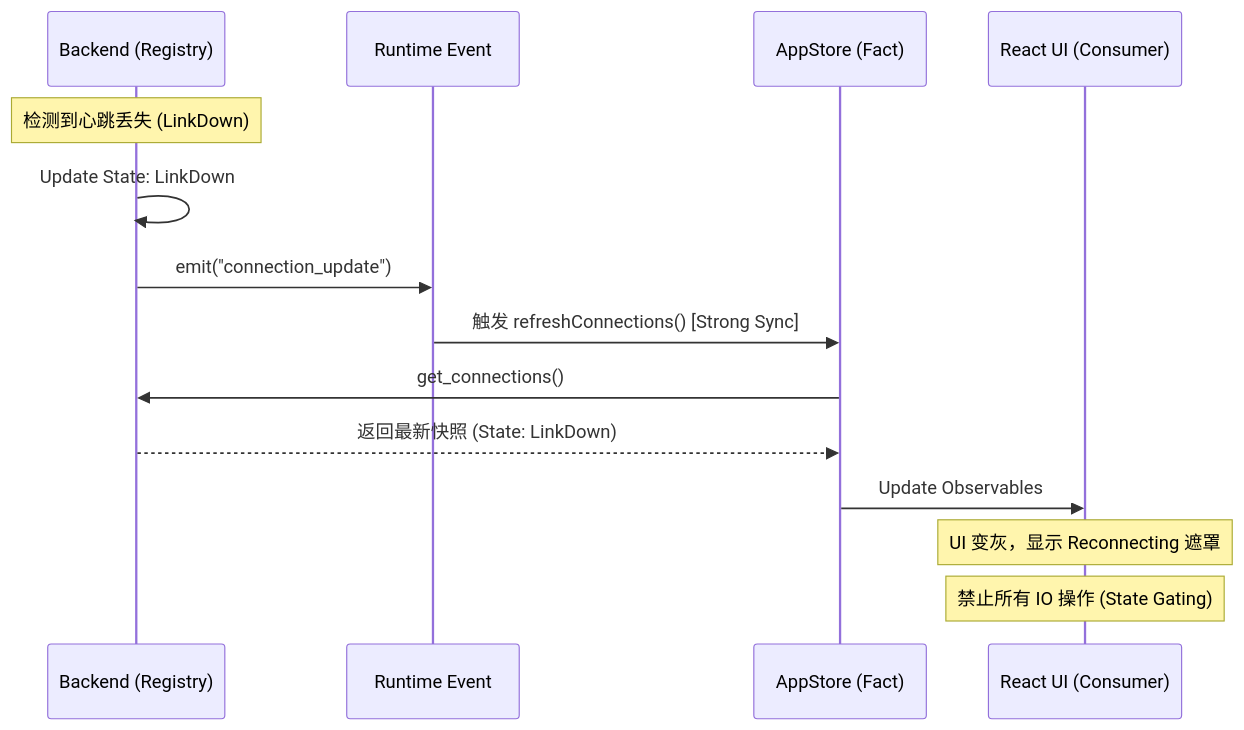
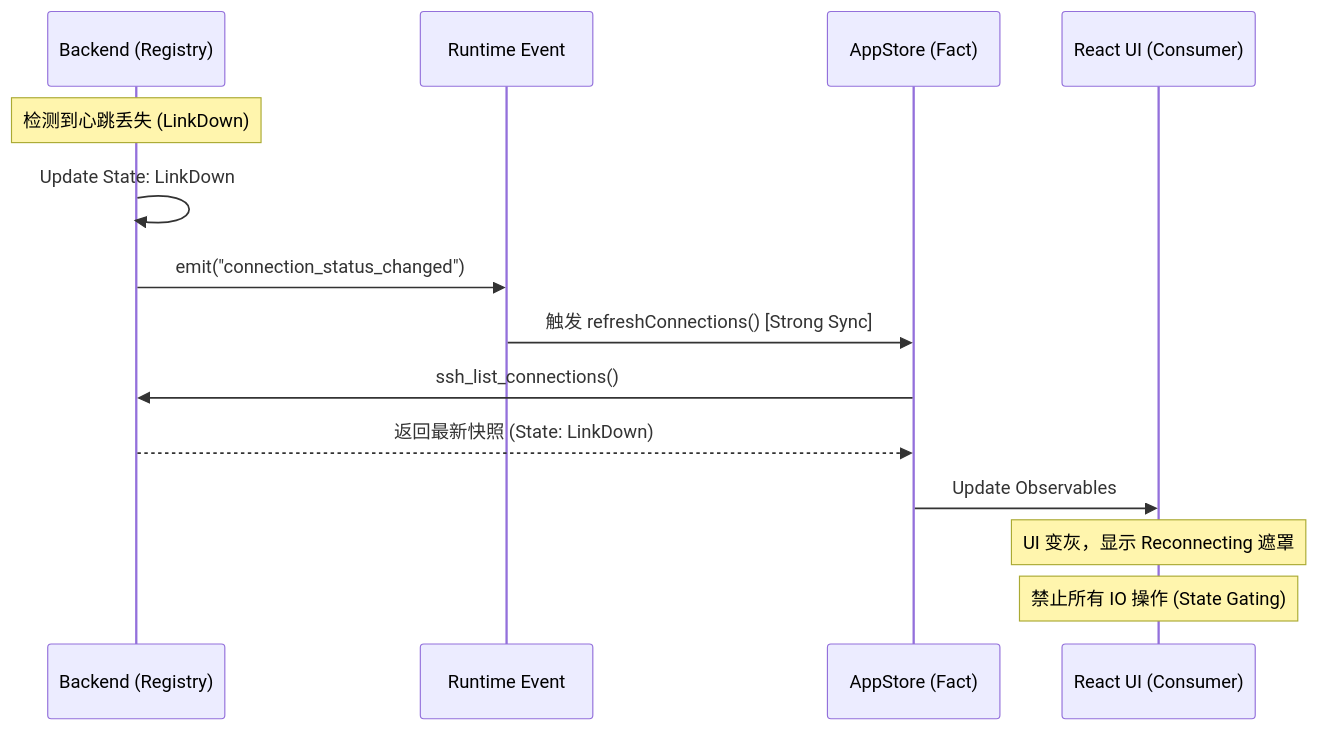
One commit to AnalyseDeCircuit/OxideTerm changed the third of 4 diagrams in docs/CONNECTION_POOL.md. Above: the diagram before and after it, drawn with Mermaid. The commit also changed 21 other files, not shown here.

````diff
--- a/docs/CONNECTION_POOL.md
+++ b/docs/CONNECTION_POOL.md
@@ -103,19 +103,19 @@
 ```mermaid
 sequenceDiagram
     participant Back as Backend (Registry)
     participant Event as Runtime Event
     participant Store as AppStore (Fact)
     participant UI as React UI (Consumer)
 
     Note over Back: 检测到心跳丢失 (LinkDown)
     Back->>Back: Update State: LinkDown
-    Back->>Event: emit("connection_update")
+    Back->>Event: emit("connection_status_changed")
     
     Event->>Store: 触发 refreshConnections() [Strong Sync]
-    Store->>Back: get_connections()
+    Store->>Back: ssh_list_connections()
     Back-->>Store: 返回最新快照 (State: LinkDown)
     
     Store->>UI: Update Observables
     Note over UI: UI 变灰，显示 Reconnecting 遮罩
     Note over UI: 禁止所有 IO 操作 (State Gating)
 ```
````
